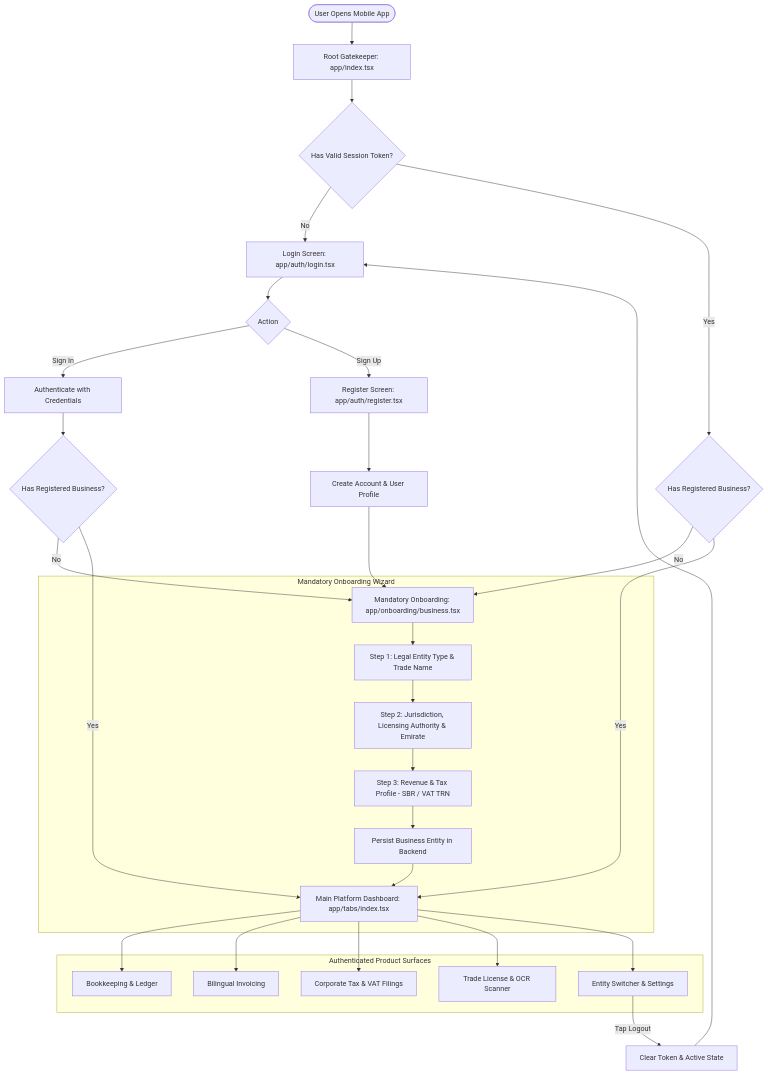
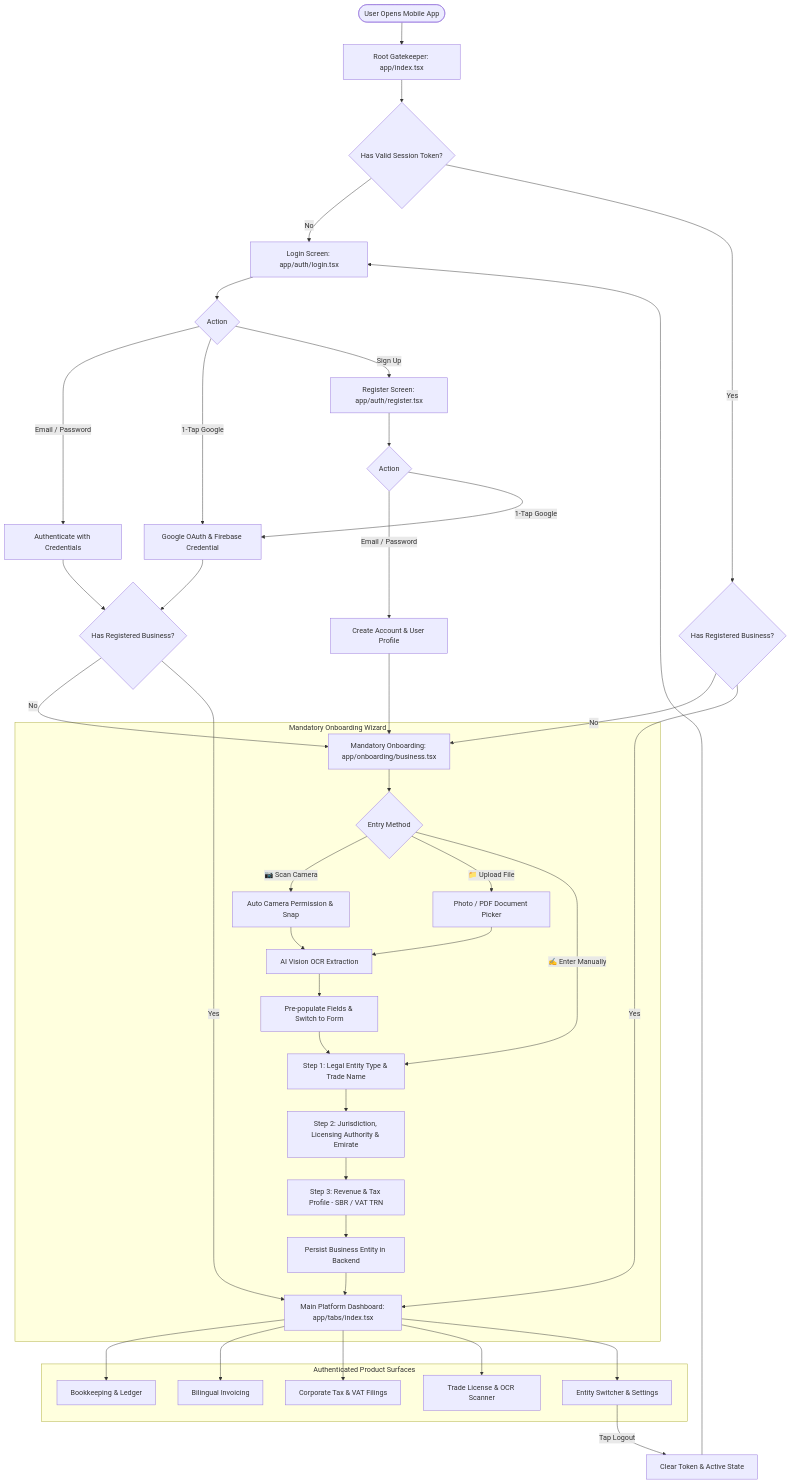
Before and after one commit to Shade2005/mizan-tax: the diagram in docs/user_journeys.md, drawn with Mermaid. The commit also changed 20 other files, not shown here.

Commit message:
feat(mobile): instant firestore auth, document picker with permissions, and silent defaults

````diff
--- a/docs/user_journeys.md
+++ b/docs/user_journeys.md
@@ -3,41 +3,52 @@
 ```mermaid
 flowchart TD
     START([User Opens Mobile App]) --> SPLASH[Root Gatekeeper: app/index.tsx]
     SPLASH --> CHECK_AUTH{Has Valid Session Token?}
 
     CHECK_AUTH -- No --> LOGIN[Login Screen: app/auth/login.tsx]
     CHECK_AUTH -- Yes --> CHECK_BIZ{Has Registered Business?}
 
     LOGIN --> DO_LOGIN{Action}
-    DO_LOGIN -- Sign In --> AUTHENTICATE[Authenticate with Credentials]
+    DO_LOGIN -- Email / Password --> AUTHENTICATE[Authenticate with Credentials]
+    DO_LOGIN -- 1-Tap Google --> GOOGLE_AUTH[Google OAuth & Firebase Credential]
     DO_LOGIN -- Sign Up --> REGISTER[Register Screen: app/auth/register.tsx]
 
-    REGISTER --> CREATE_ACC[Create Account & User Profile]
+    REGISTER --> DO_REG{Action}
+    DO_REG -- Email / Password --> CREATE_ACC[Create Account & User Profile]
+    DO_REG -- 1-Tap Google --> GOOGLE_AUTH
     CREATE_ACC --> ONBOARDING[Mandatory Onboarding: app/onboarding/business.tsx]
+    GOOGLE_AUTH --> CHECK_BIZ_AFTER_LOGIN
 
     AUTHENTICATE --> CHECK_BIZ_AFTER_LOGIN{Has Registered Business?}
     CHECK_BIZ_AFTER_LOGIN -- No --> ONBOARDING
     CHECK_BIZ_AFTER_LOGIN -- Yes --> DASHBOARD
 
     CHECK_BIZ -- No --> ONBOARDING
     CHECK_BIZ -- Yes --> DASHBOARD[Main Platform Dashboard: app/tabs/index.tsx]
 
     subgraph Mandatory Onboarding Wizard
-        ONBOARDING --> STEP1[Step 1: Legal Entity Type & Trade Name]
+        ONBOARDING --> CHOOSE_MODE{Entry Method}
+        CHOOSE_MODE -- 📷 Scan Camera --> AUTO_PERM[Auto Camera Permission & Snap]
+        AUTO_PERM --> AI_OCR[AI Vision OCR Extraction]
+        CHOOSE_MODE -- 📁 Upload File --> PICKER[Photo / PDF Document Picker]
+        PICKER --> AI_OCR
+        AI_OCR --> PREFILL[Pre-populate Fields & Switch to Form]
+        CHOOSE_MODE -- ✍️ Enter Manually --> STEP1
+        PREFILL --> STEP1[Step 1: Legal Entity Type & Trade Name]
         STEP1 --> STEP2[Step 2: Jurisdiction, Licensing Authority & Emirate]
         STEP2 --> STEP3[Step 3: Revenue & Tax Profile - SBR / VAT TRN]
         STEP3 --> SUBMIT_BIZ[Persist Business Entity in Backend]
         SUBMIT_BIZ --> DASHBOARD
     end
 
     subgraph Authenticated Product Surfaces
         DASHBOARD --> BOOKS[Bookkeeping & Ledger]
         DASHBOARD --> INVOICES[Bilingual Invoicing]
         DASHBOARD --> TAX[Corporate Tax & VAT Filings]
         DASHBOARD --> SCANNER[Trade License & OCR Scanner]
         DASHBOARD --> PROFILE[Entity Switcher & Settings]
     end
 
     PROFILE -- Tap Logout --> LOGOUT[Clear Token & Active State]
     LOGOUT --> LOGIN
 ```
````
